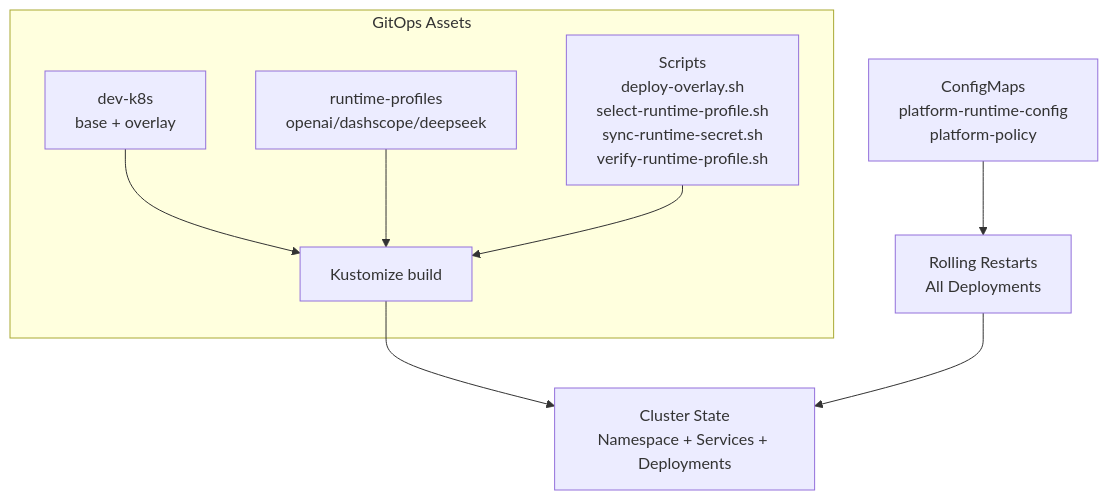
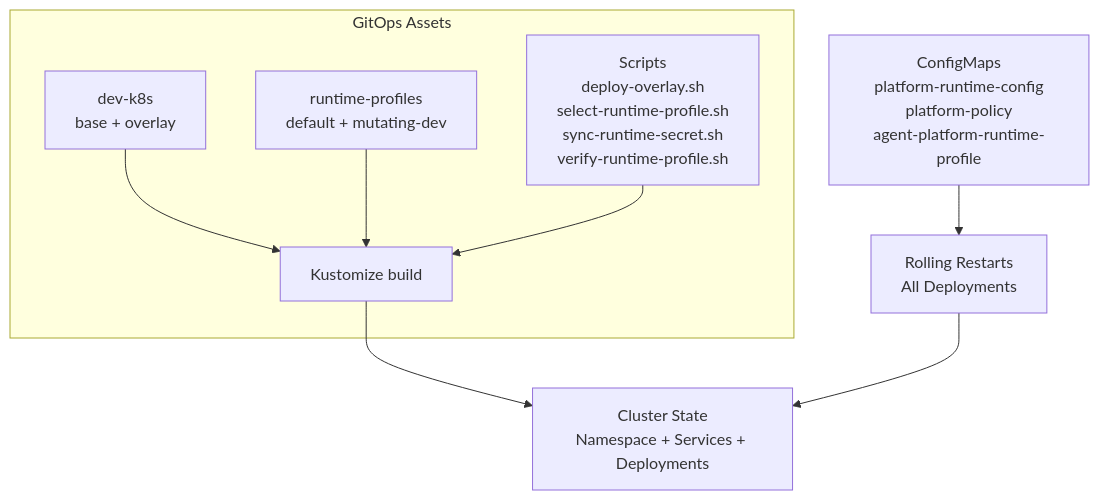
The first of 7 diagrams in .qoder/repowiki/en/content/Deployment and Operations/GitOps Workflow.md (metasync/luban-aiops), drawn with Mermaid before and after one commit. The commit also changed other lines of this file and 18 other files, not shown here.

````diff
--- a/.qoder/repowiki/en/content/Deployment and Operations/GitOps Workflow.md
+++ b/.qoder/repowiki/en/content/Deployment and Operations/GitOps Workflow.md
@@ -57,11 +59,11 @@
 ```mermaid
 graph TB
 subgraph "GitOps Assets"
 A["dev-k8s<br/>base + overlay"] --> B["Kustomize build"]
-C["runtime-profiles<br/>openai/dashscope/deepseek"] --> B
+C["runtime-profiles<br/>default + mutating-dev"] --> B
 D["Scripts<br/>deploy-overlay.sh<br/>select-runtime-profile.sh<br/>sync-runtime-secret.sh<br/>verify-runtime-profile.sh"] --> B
 end
 B --> E["Cluster State<br/>Namespace + Services + Deployments"]
-F["ConfigMaps<br/>platform-runtime-config<br/>platform-policy"] --> G["Rolling Restarts<br/>All Deployments"]
+F["ConfigMaps<br/>platform-runtime-config<br/>platform-policy<br/>agent-platform-runtime-profile"] --> G["Rolling Restarts<br/>All Deployments"]
 G --> E
 ```
````
